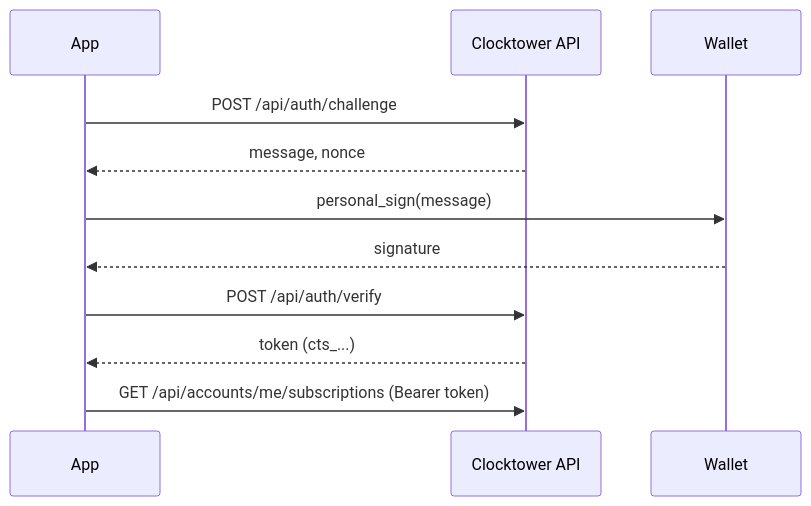
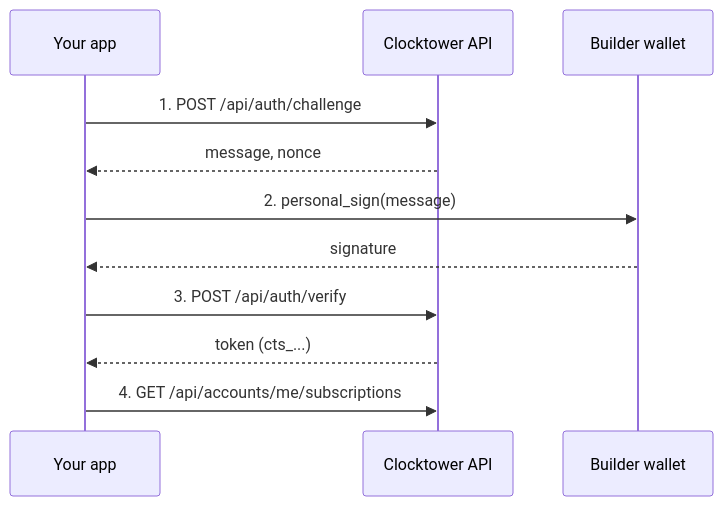
The diagram in docs/developers/05-Workflows/04-builder-auth.mdx (clocktower-protocol/clocktower-docs), drawn with Mermaid before and after one commit. The commit also changed other lines of this file and 6 other files, not shown here.

Commit message:
fix(docs): enable Mermaid diagrams and clarify workflow pages

````diff
--- a/docs/developers/05-Workflows/04-builder-auth.mdx
+++ b/docs/developers/05-Workflows/04-builder-auth.mdx
@@ -16,14 +37,14 @@
 ```mermaid
 sequenceDiagram
-  participant App
+  participant App as Your app
   participant API as Clocktower API
-  participant Wallet
+  participant Wallet as Builder wallet
 
-  App->>API: POST /api/auth/challenge
+  App->>API: 1. POST /api/auth/challenge
   API-->>App: message, nonce
-  App->>Wallet: personal_sign(message)
+  App->>Wallet: 2. personal_sign(message)
   Wallet-->>App: signature
-  App->>API: POST /api/auth/verify
+  App->>API: 3. POST /api/auth/verify
   API-->>App: token (cts_...)
-  App->>API: GET /api/accounts/me/subscriptions (Bearer token)
+  App->>API: 4. GET /api/accounts/me/subscriptions
 ```
````
